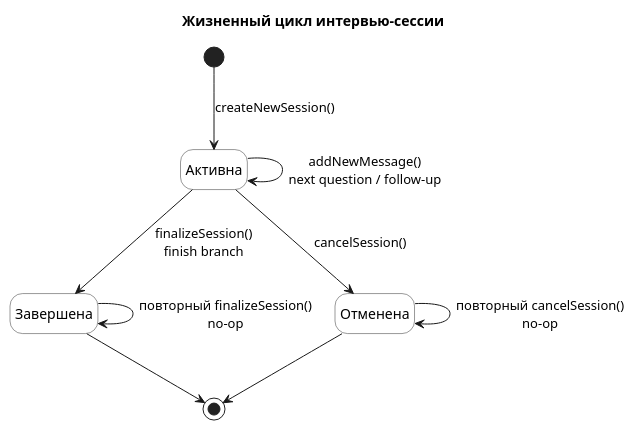
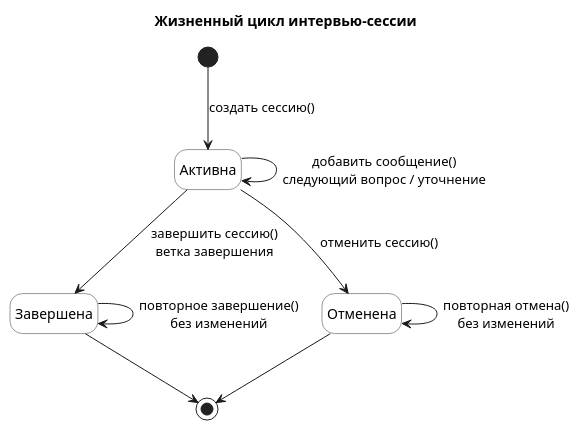
One commit to nifle3/diplom_work changed the diagram in docs/state/02_interview_session_lifecycle.puml. Above: the diagram before and after it, drawn with PlantUML. The commit also changed 3 other files, not shown here.

```diff
--- a/docs/state/02_interview_session_lifecycle.puml
+++ b/docs/state/02_interview_session_lifecycle.puml
@@ -1,28 +1,28 @@
 @startuml 02_interview_session_lifecycle
 title Жизненный цикл интервью-сессии
 
 hide empty description
 skinparam state {
   BackgroundColor White
   BorderColor #333333
 }
 
-[*] --> Active : createNewSession()
+[*] --> Active : создать сессию()
 
 state "Активна" as Active
 
-Active --> Active : addNewMessage()\nnext question / follow-up
-Active --> Complete : finalizeSession()\nfinish branch
-Active --> Canceled : cancelSession()
+Active --> Active : добавить сообщение()\nследующий вопрос / уточнение
+Active --> Complete : завершить сессию()\nветка завершения
+Active --> Canceled : отменить сессию()
 
 state "Завершена" as Complete
 
 state "Отменена" as Canceled
 
-Complete --> Complete : повторный finalizeSession()\nno-op
-Canceled --> Canceled : повторный cancelSession()\nno-op
+Complete --> Complete : повторное завершение()\nбез изменений
+Canceled --> Canceled : повторная отмена()\nбез изменений
 
 Complete --> [*]
 Canceled --> [*]
 
 @enduml
```
